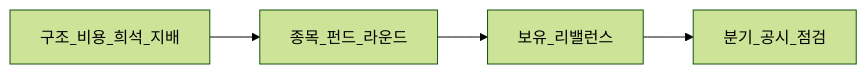
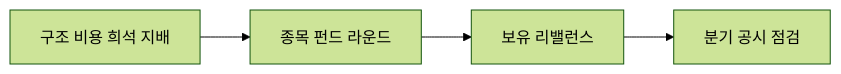
One commit to goldanghenry/Finances changed the fifth of 5 diagrams in 09-corporate-finance/startup-valuation-vc.md. Above: the diagram before and after it, drawn with Mermaid (forest theme). The commit also changed other lines of this file and 211 other files, not shown here.

````diff
--- a/09-corporate-finance/startup-valuation-vc.md
+++ b/09-corporate-finance/startup-valuation-vc.md
@@ -776,6 +801,6 @@
 ```mermaid
 flowchart LR
-  Struct[구조_비용_희석_지배] --> Select[종목_펀드_라운드]
-  Select --> Hold[보유_리밸런스]
-  Hold --> Review[분기_공시_점검]
+  Struct["구조 비용 희석 지배"] --> Select["종목 펀드 라운드"]
+  Select --> Hold["보유 리밸런스"]
+  Hold --> Review["분기 공시 점검"]
 ```
````
